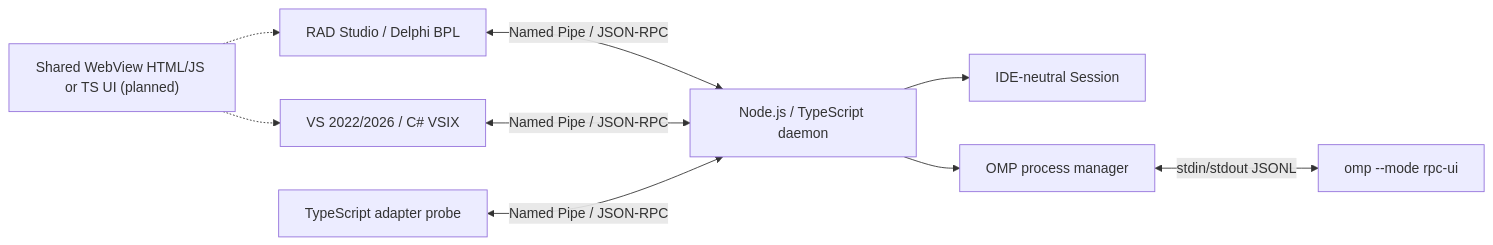
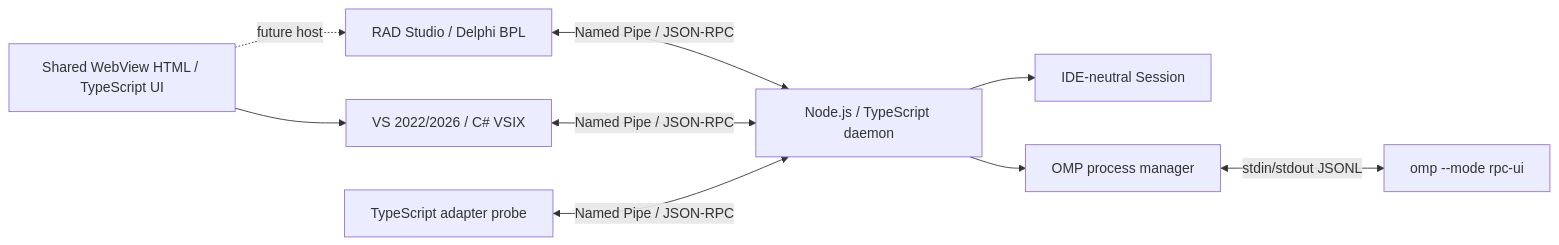
One commit to kimmingul/PiAgent changed the diagram in ARCHITECTURE.md. Above: the diagram before and after it, drawn with Mermaid. The commit also changed other lines of this file and 41 other files, not shown here.

Commit message:
Implement isolated OMP chat and Visual Studio WebView UI

````diff
--- a/ARCHITECTURE.md
+++ b/ARCHITECTURE.md
@@ -14,11 +15,11 @@
 ```mermaid
 flowchart LR
     RAD["RAD Studio / Delphi BPL"] <-->|"Named Pipe / JSON-RPC"| D["Node.js / TypeScript daemon"]
     VS["VS 2022/2026 / C# VSIX"] <-->|"Named Pipe / JSON-RPC"| D
     Probe["TypeScript adapter probe"] <-->|"Named Pipe / JSON-RPC"| D
     D --> C["IDE-neutral Session"]
     D --> M["OMP process manager"]
     M <-->|"stdin/stdout JSONL"| OMP["omp --mode rpc-ui"]
-    UI["Shared WebView HTML/JS or TS UI (planned)"] -.-> RAD
-    UI -.-> VS
+    UI["Shared WebView HTML / TypeScript UI"] -.->|"future host"| RAD
+    UI --> VS
 ```
````
